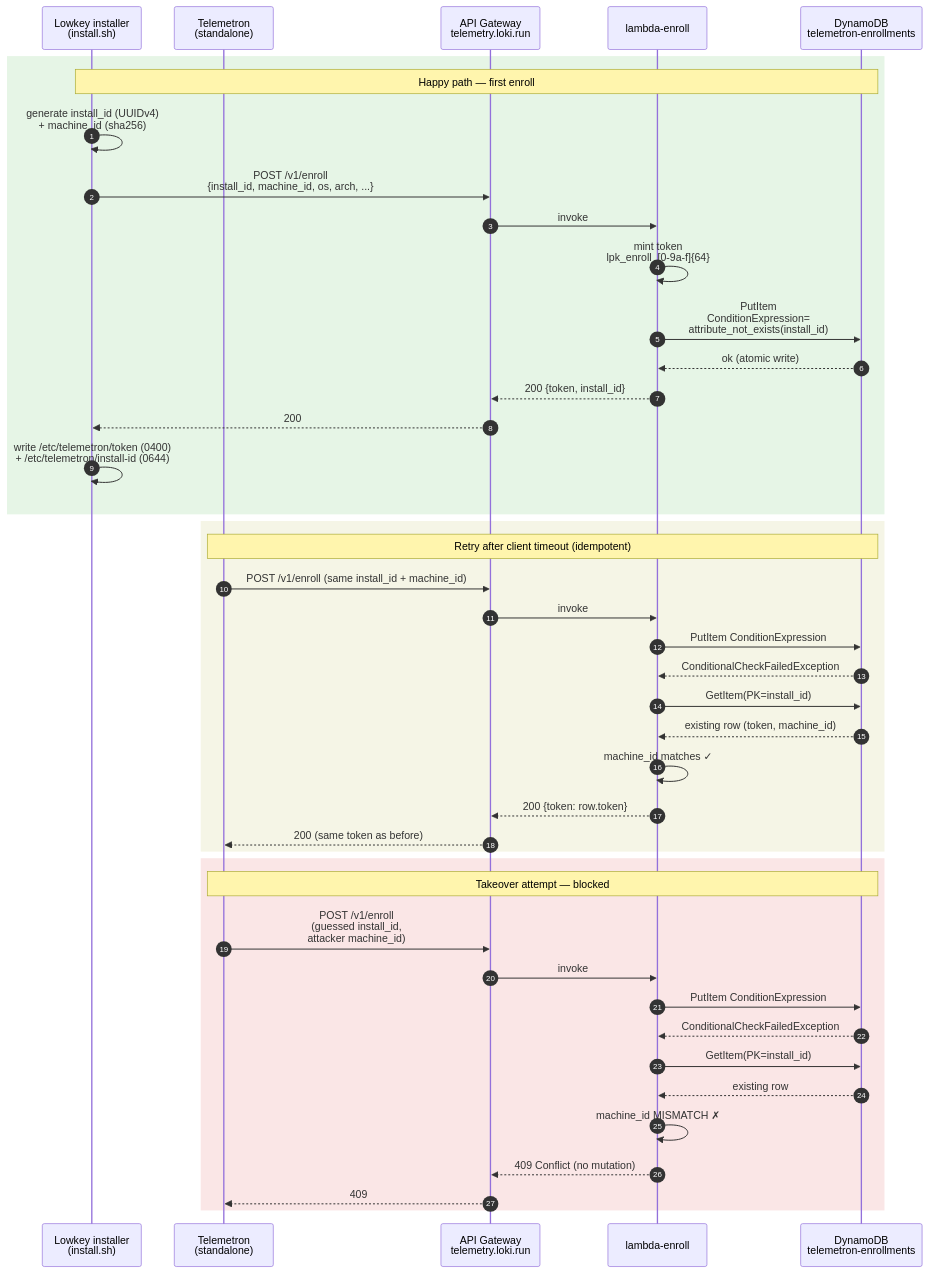
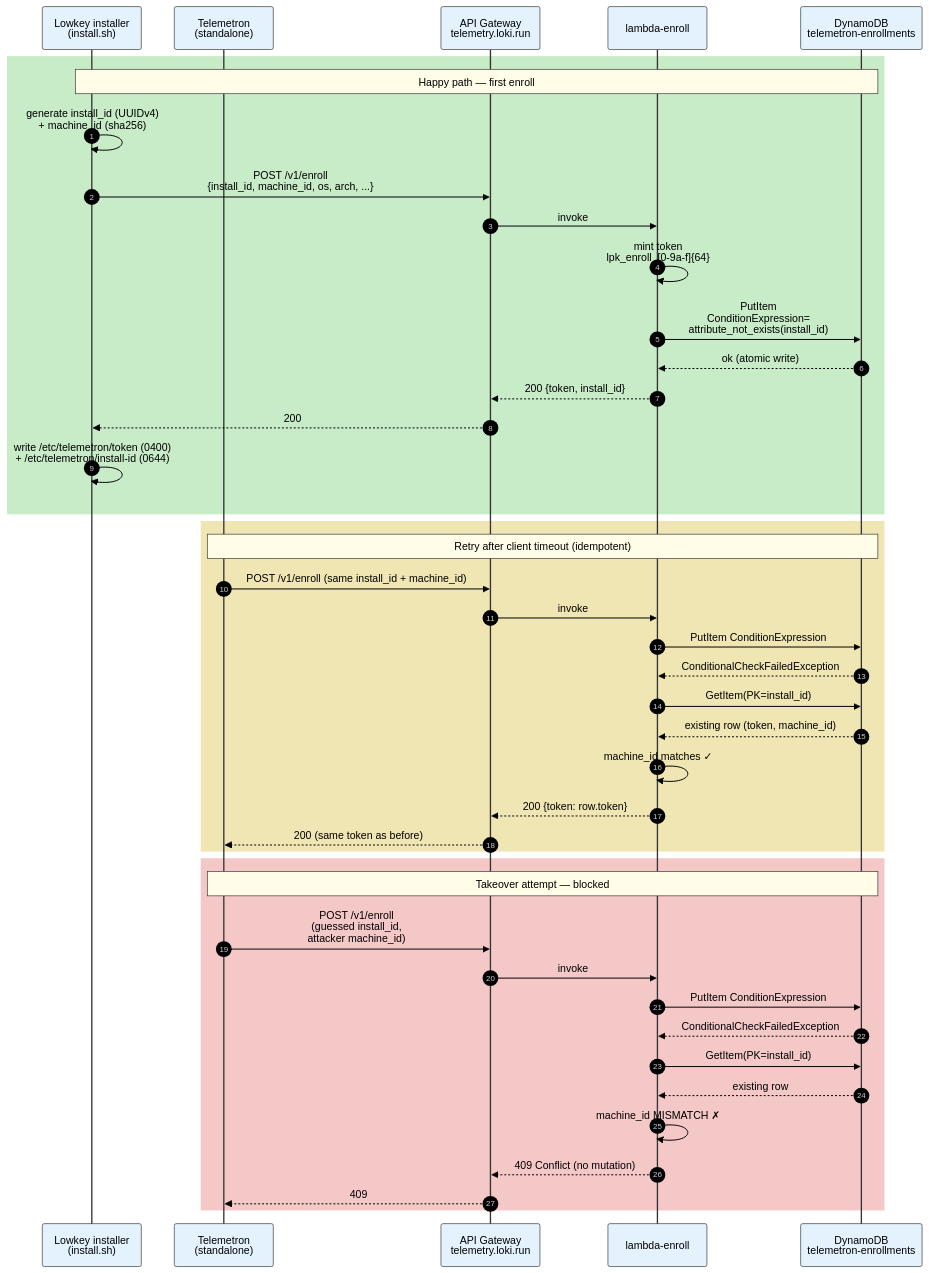
One commit to inceptionstack/telemetron changed the first of 5 diagrams in docs/telemetron-enrollment-architecture-v0.3.0.md. Above: the diagram before and after it, drawn with Mermaid. The commit also changed other lines of this file, not shown here.

Commit message:
docs(v0.3.0): darker text for diagrams (force theme vars for readability)

````diff
--- a/docs/telemetron-enrollment-architecture-v0.3.0.md
+++ b/docs/telemetron-enrollment-architecture-v0.3.0.md
@@ -9,48 +9,49 @@
 ```mermaid
+%%{init: {'theme':'base','themeVariables':{'primaryColor':'#f5f5f5','primaryTextColor':'#000','primaryBorderColor':'#333','lineColor':'#333','secondaryColor':'#e8e8e8','tertiaryColor':'#fafafa','noteTextColor':'#000','noteBkgColor':'#fffde7','noteBorderColor':'#333','actorTextColor':'#000','actorBkg':'#e3f2fd','actorBorder':'#333','signalColor':'#000','signalTextColor':'#000','labelTextColor':'#000','loopTextColor':'#000'}}}%%
 sequenceDiagram
     autonumber
     participant L as Lowkey installer<br/>(install.sh)
     participant T as Telemetron<br/>(standalone)
     participant AGW as API Gateway<br/>telemetry.loki.run
     participant LE as lambda-enroll
     participant DDB as DynamoDB<br/>telemetron-enrollments
 
-    rect rgb(230, 245, 230)
+    rect rgb(200, 235, 200)
     Note over L,DDB: Happy path — first enroll
     L->>L: generate install_id (UUIDv4)<br/>+ machine_id (sha256)
     L->>AGW: POST /v1/enroll<br/>{install_id, machine_id, os, arch, ...}
     AGW->>LE: invoke
     LE->>LE: mint token<br/>lpk_enroll_[0-9a-f]{64}
     LE->>DDB: PutItem<br/>ConditionExpression=<br/>attribute_not_exists(install_id)
     DDB-->>LE: ok (atomic write)
     LE-->>AGW: 200 {token, install_id}
     AGW-->>L: 200
     L->>L: write /etc/telemetron/token (0400)<br/>+ /etc/telemetron/install-id (0644)
     end
 
-    rect rgb(245, 245, 230)
+    rect rgb(240, 230, 180)
     Note over T,DDB: Retry after client timeout (idempotent)
     T->>AGW: POST /v1/enroll (same install_id + machine_id)
     AGW->>LE: invoke
     LE->>DDB: PutItem ConditionExpression
     DDB-->>LE: ConditionalCheckFailedException
     LE->>DDB: GetItem(PK=install_id)
     DDB-->>LE: existing row (token, machine_id)
     LE->>LE: machine_id matches ✓
     LE-->>AGW: 200 {token: row.token}
     AGW-->>T: 200 (same token as before)
     end
 
-    rect rgb(250, 230, 230)
+    rect rgb(245, 200, 200)
     Note over T,DDB: Takeover attempt — blocked
     T->>AGW: POST /v1/enroll<br/>(guessed install_id,<br/>attacker machine_id)
     AGW->>LE: invoke
     LE->>DDB: PutItem ConditionExpression
     DDB-->>LE: ConditionalCheckFailedException
     LE->>DDB: GetItem(PK=install_id)
     DDB-->>LE: existing row
     LE->>LE: machine_id MISMATCH ✗
     LE-->>AGW: 409 Conflict (no mutation)
     AGW-->>T: 409
     end
 ```
````
